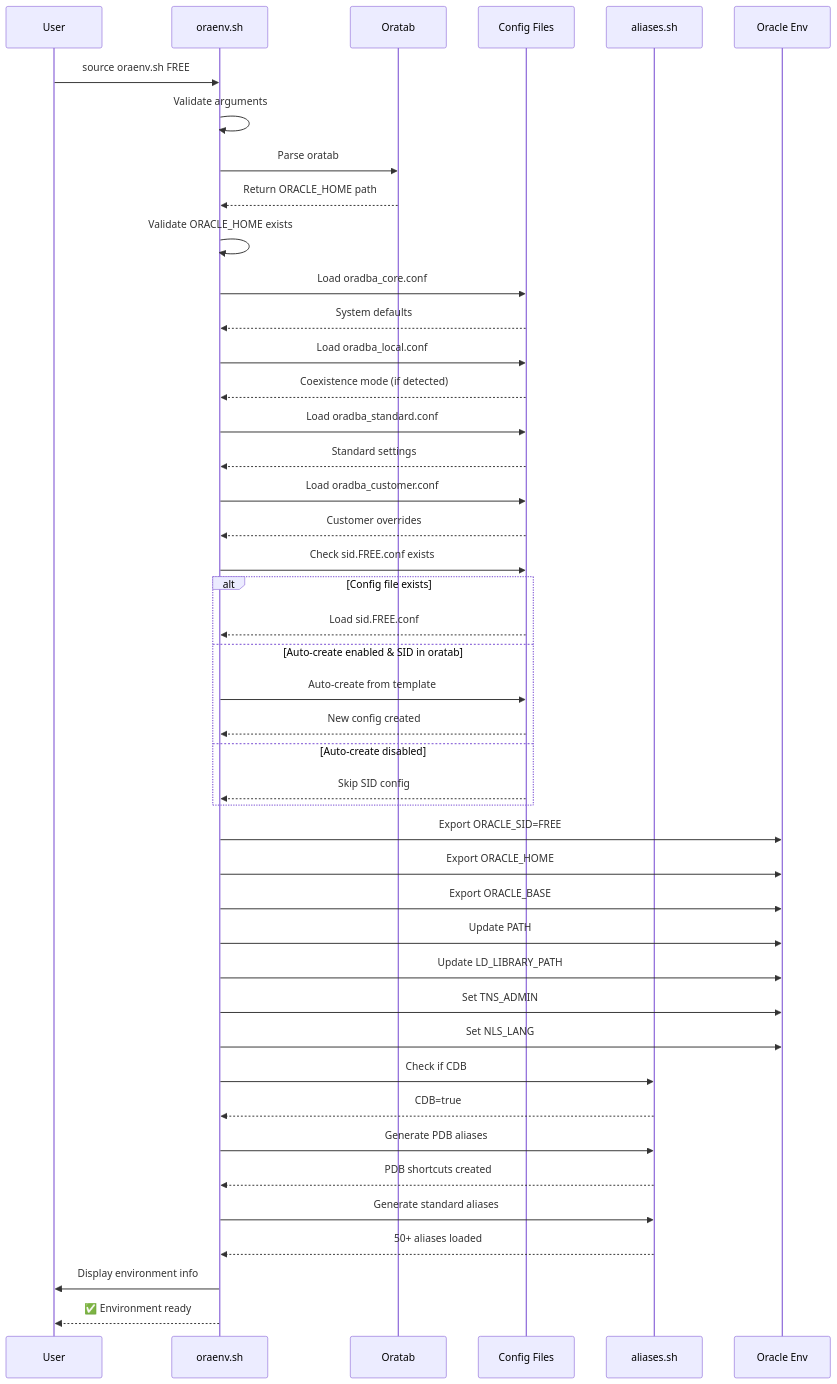
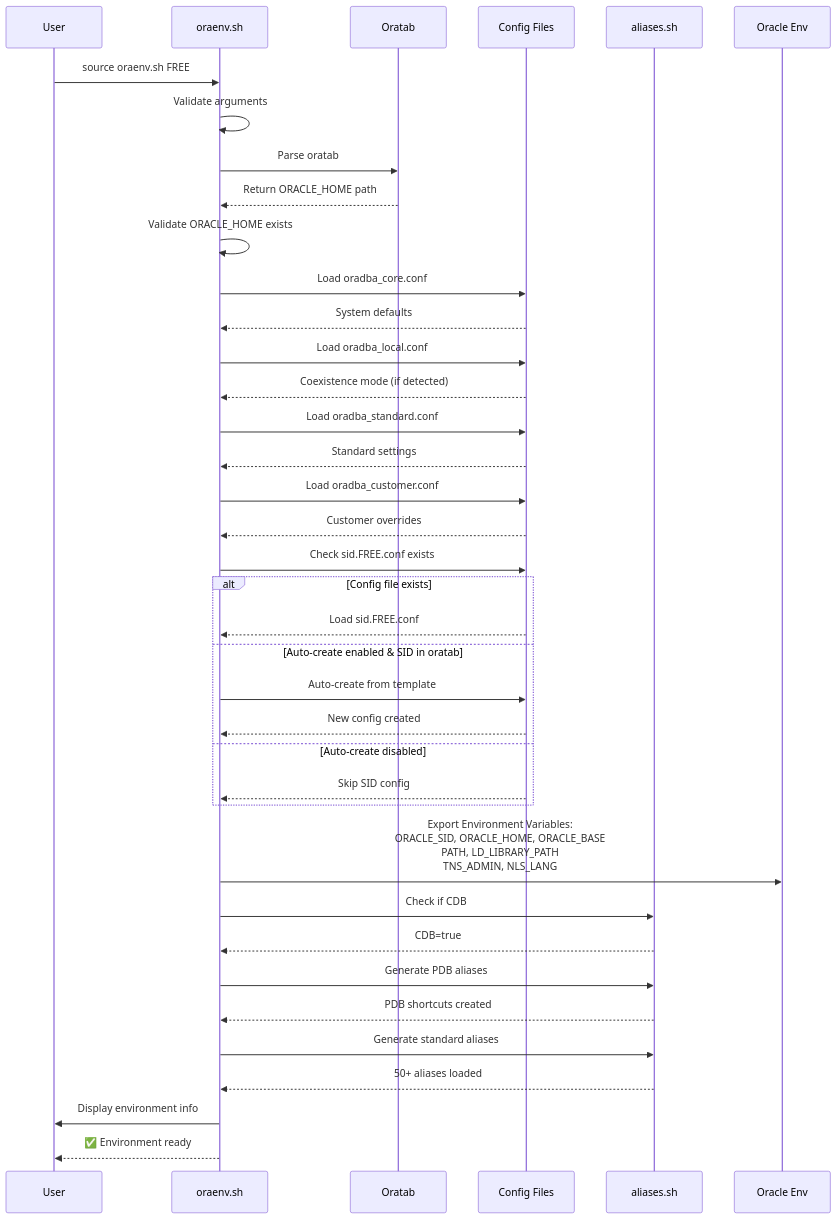
One commit to oehrlis/oradba changed the ninth of 12 diagrams in doc/images/source/diagrams-mermaid.md. Above: the diagram before and after it, drawn with Mermaid. The commit also changed other lines of this file, not shown here.

First line of the commit message:
docs: Consolidate sequential steps in Mermaid diagrams

````diff
--- a/doc/images/source/diagrams-mermaid.md
+++ b/doc/images/source/diagrams-mermaid.md
@@ -512,59 +505,53 @@
 ```mermaid
 sequenceDiagram
     participant User
     participant oraenv.sh
     participant Oratab
     participant Config as Config Files
     participant Aliases as aliases.sh
     participant Oracle as Oracle Env
     
     User->>oraenv.sh: source oraenv.sh FREE
     oraenv.sh->>oraenv.sh: Validate arguments
     
     oraenv.sh->>Oratab: Parse oratab
     Oratab-->>oraenv.sh: Return ORACLE_HOME path
     
     oraenv.sh->>oraenv.sh: Validate ORACLE_HOME exists
     
     oraenv.sh->>Config: Load oradba_core.conf
     Config-->>oraenv.sh: System defaults
     
     oraenv.sh->>Config: Load oradba_local.conf
     Config-->>oraenv.sh: Coexistence mode (if detected)
     
     oraenv.sh->>Config: Load oradba_standard.conf
     Config-->>oraenv.sh: Standard settings
     
     oraenv.sh->>Config: Load oradba_customer.conf
     Config-->>oraenv.sh: Customer overrides
     
     oraenv.sh->>Config: Check sid.FREE.conf exists
     alt Config file exists
         Config-->>oraenv.sh: Load sid.FREE.conf
     else Auto-create enabled & SID in oratab
         oraenv.sh->>Config: Auto-create from template
         Config-->>oraenv.sh: New config created
     else Auto-create disabled
         Config-->>oraenv.sh: Skip SID config
     end
     
-    oraenv.sh->>Oracle: Export ORACLE_SID=FREE
-    oraenv.sh->>Oracle: Export ORACLE_HOME
-    oraenv.sh->>Oracle: Export ORACLE_BASE
-    oraenv.sh->>Oracle: Update PATH
-    oraenv.sh->>Oracle: Update LD_LIBRARY_PATH
-    oraenv.sh->>Oracle: Set TNS_ADMIN
-    oraenv.sh->>Oracle: Set NLS_LANG
+    oraenv.sh->>Oracle: Export Environment Variables:<br/>ORACLE_SID, ORACLE_HOME, ORACLE_BASE<br/>PATH, LD_LIBRARY_PATH<br/>TNS_ADMIN, NLS_LANG
     
     oraenv.sh->>Aliases: Check if CDB
     Aliases-->>oraenv.sh: CDB=true
     
     oraenv.sh->>Aliases: Generate PDB aliases
     Aliases-->>oraenv.sh: PDB shortcuts created
     
     oraenv.sh->>Aliases: Generate standard aliases
     Aliases-->>oraenv.sh: 50+ aliases loaded
     
     oraenv.sh->>User: Display environment info
     oraenv.sh-->>User: ✅ Environment ready
 ```
````
